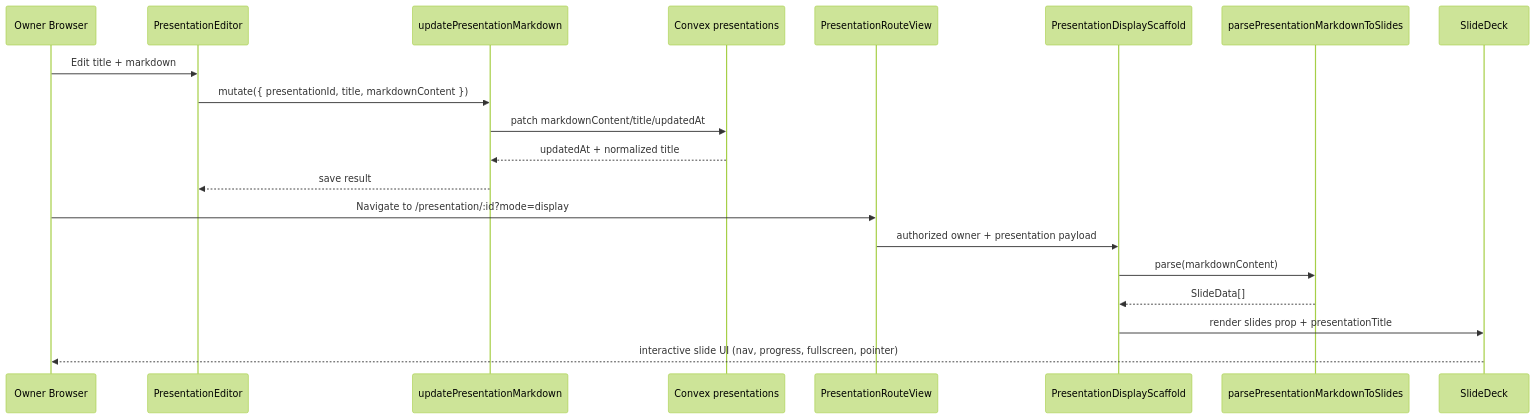
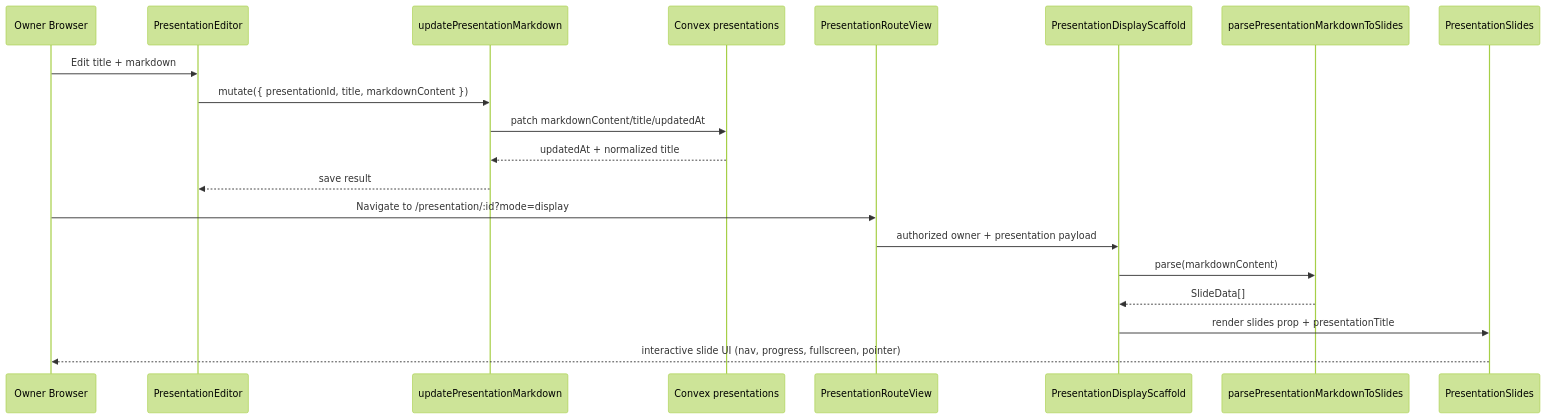
One commit to Colo-Codes/present.fast changed the second of 2 diagrams in docs/features/PF-31-display-a-presentation-saved-by-the-user.md. Above: the diagram before and after it, drawn with Mermaid (forest theme). The commit also changed other lines of this file and 10 other files, not shown here.

Commit message:
chore(terminology): PF-30 normalize deck wording to presentation

````diff
--- a/docs/features/PF-31-display-a-presentation-saved-by-the-user.md
+++ b/docs/features/PF-31-display-a-presentation-saved-by-the-user.md
@@ -96,24 +100,24 @@
 ```mermaid
 sequenceDiagram
   participant Owner as Owner Browser
   participant Edit as PresentationEditor
   participant Mut as updatePresentationMarkdown
   participant DB as Convex presentations
   participant Route as PresentationRouteView
   participant Display as PresentationDisplayScaffold
   participant Parser as parsePresentationMarkdownToSlides
-  participant Deck as SlideDeck
+  participant PresentationSlides as PresentationSlides
 
   Owner->>Edit: Edit title + markdown
   Edit->>Mut: mutate({ presentationId, title, markdownContent })
   Mut->>DB: patch markdownContent/title/updatedAt
   DB-->>Mut: updatedAt + normalized title
   Mut-->>Edit: save result
 
   Owner->>Route: Navigate to /presentation/:id?mode=display
   Route->>Display: authorized owner + presentation payload
   Display->>Parser: parse(markdownContent)
   Parser-->>Display: SlideData[]
-  Display->>Deck: render slides prop + presentationTitle
-  Deck-->>Owner: interactive slide UI (nav, progress, fullscreen, pointer)
+  Display->>PresentationSlides: render slides prop + presentationTitle
+  PresentationSlides-->>Owner: interactive slide UI (nav, progress, fullscreen, pointer)
 ```
````
